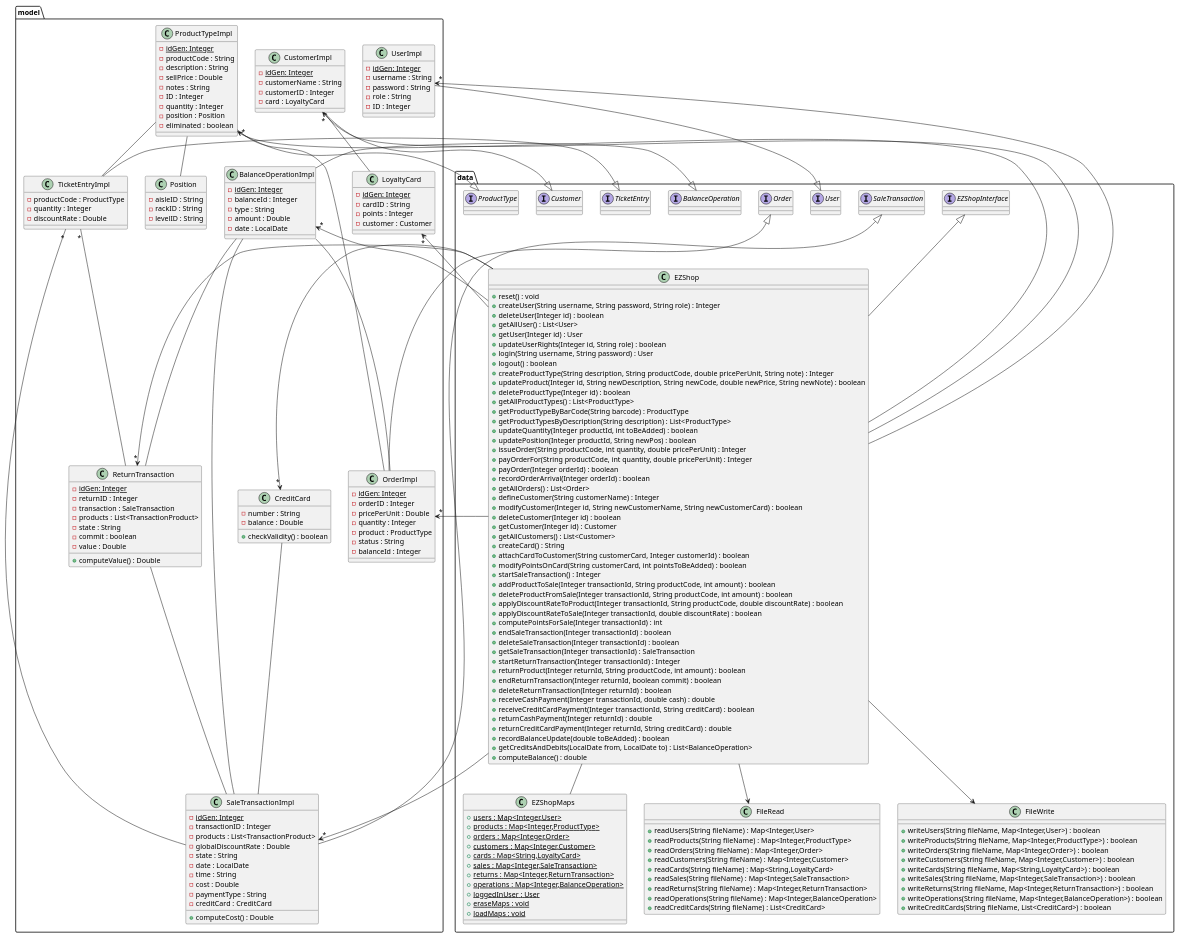
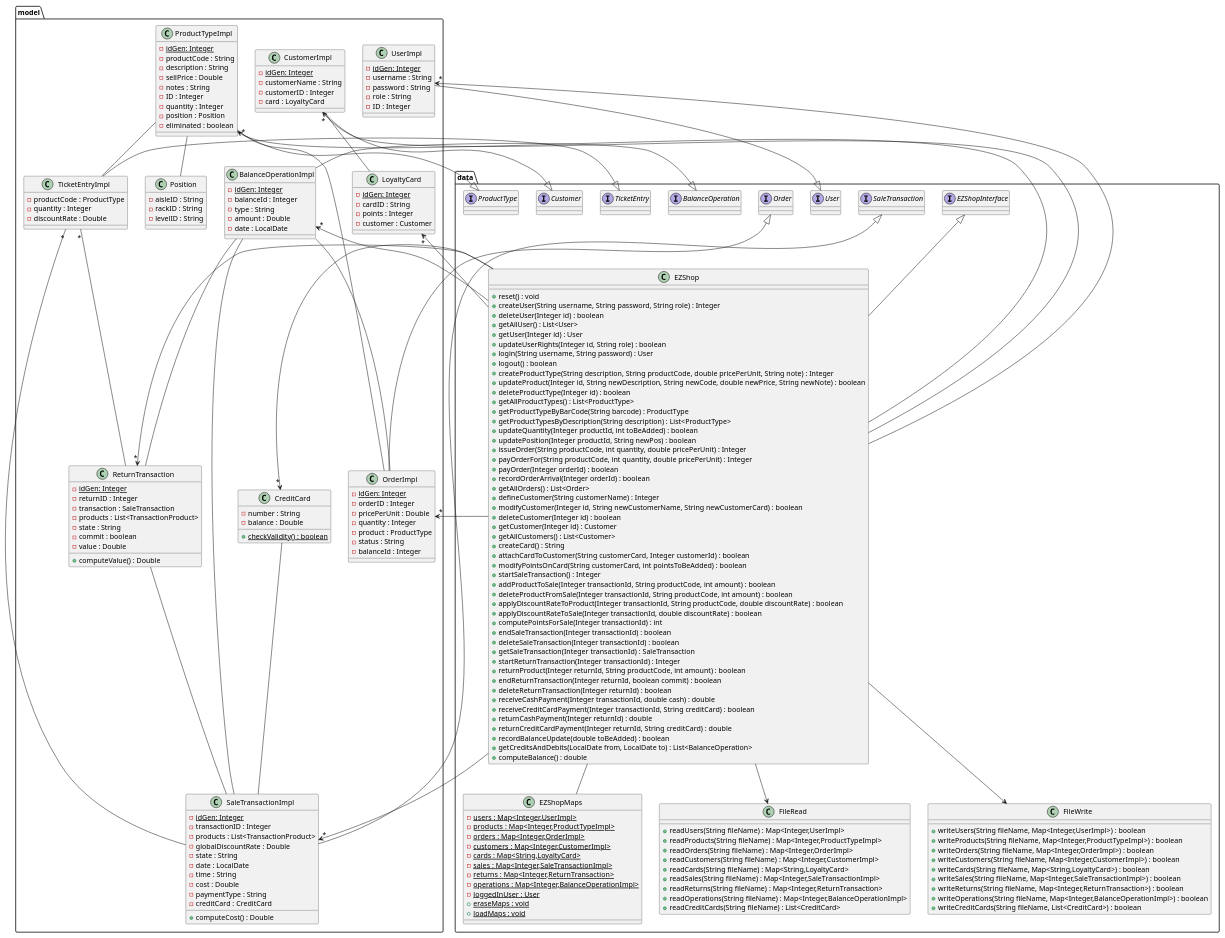
One commit to giuseppesalvi/ezshop changed the second of 28 diagrams in Deliverables/DesignDocument.md. Above: the diagram before and after it, drawn with PlantUML. The commit also changed other lines of this file, not shown here.

Commit message:
Update DesignDocument.md with changes forced by the addition of interfaces in different classes

```diff
--- a/Deliverables/DesignDocument.md
+++ b/Deliverables/DesignDocument.md
@@ -139,7 +139,7 @@
     class CreditCard{
         -number : String
         -balance : Double
-        +checkValidity() : boolean
+        +{static} checkValidity() : boolean
     }
 
     class Position{
@@ -207,41 +207,41 @@
     }
 
     Class EZShopMaps {
-        + {static} users : Map<Integer,User>
-        + {static} products : Map<Integer,ProductType>
-        + {static} orders : Map<Integer,Order>
-        + {static} customers : Map<Integer,Customer>
-        + {static} cards : Map<String,LoyaltyCard>
-        + {static} sales : Map<Integer,SaleTransaction>
-        + {static} returns : Map<Integer,ReturnTransaction>
-        + {static} operations : Map<Integer,BalanceOperation>
-        + {static} loggedInUser : User
+        - {static} users : Map<Integer,UserImpl>
+        - {static} products : Map<Integer,ProductTypeImpl>
+        - {static} orders : Map<Integer,OrderImpl>
+        - {static} customers : Map<Integer,CustomerImpl>
+        - {static} cards : Map<String,LoyaltyCard>
+        - {static} sales : Map<Integer,SaleTransactionImpl>
+        - {static} returns : Map<Integer,ReturnTransaction>
+        - {static} operations : Map<Integer,BalanceOperationImpl>
+        - {static} loggedInUser : User
         + {static} eraseMaps : void
         + {static} loadMaps : void
     }
 
     Class FileRead{
-        +readUsers(String fileName) : Map<Integer,User>
-        +readProducts(String fileName) : Map<Integer,ProductType>
-        +readOrders(String fileName) : Map<Integer,Order>
-        +readCustomers(String fileName) : Map<Integer,Customer>
+        +readUsers(String fileName) : Map<Integer,UserImpl>
+        +readProducts(String fileName) : Map<Integer,ProductTypeImpl>
+        +readOrders(String fileName) : Map<Integer,OrderImpl>
+        +readCustomers(String fileName) : Map<Integer,CustomerImpl>
         +readCards(String fileName) : Map<String,LoyaltyCard>
-        +readSales(String fileName) : Map<Integer,SaleTransaction>
+        +readSales(String fileName) : Map<Integer,SaleTransactionImpl>
         +readReturns(String fileName) : Map<Integer,ReturnTransaction>
-        +readOperations(String fileName) : Map<Integer,BalanceOperation>
+        +readOperations(String fileName) : Map<Integer,BalanceOperationImpl>
         +readCreditCards(String fileName) : List<CreditCard>
         
     }
 
     Class FileWrite{
-        +writeUsers(String fileName, Map<Integer,User>) : boolean
-        +writeProducts(String fileName, Map<Integer,ProductType>) : boolean
-        +writeOrders(String fileName, Map<Integer,Order>) : boolean
-        +writeCustomers(String fileName, Map<Integer,Customer>) : boolean
+        +writeUsers(String fileName, Map<Integer,UserImpl>) : boolean
+        +writeProducts(String fileName, Map<Integer,ProductTypeImpl>) : boolean
+        +writeOrders(String fileName, Map<Integer,OrderImpl>) : boolean
+        +writeCustomers(String fileName, Map<Integer,CustomerImpl>) : boolean
         +writeCards(String fileName, Map<String,LoyaltyCard>) : boolean
-        +writeSales(String fileName, Map<Integer,SaleTransaction>) : boolean
+        +writeSales(String fileName, Map<Integer,SaleTransactionImpl>) : boolean
         +writeReturns(String fileName, Map<Integer,ReturnTransaction>) : boolean
-        +writeOperations(String fileName, Map<Integer,BalanceOperation>) : boolean
+        +writeOperations(String fileName, Map<Integer,BalanceOperationImpl>) : boolean
         +writeCreditCards(String fileName, List<CreditCard>) : boolean
     }
 
```
